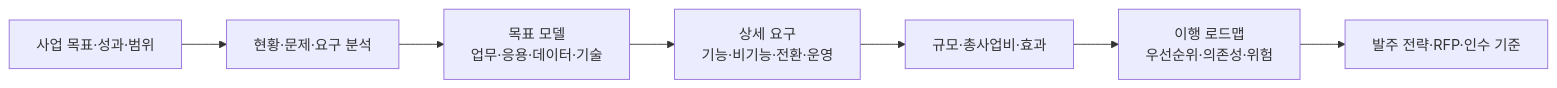
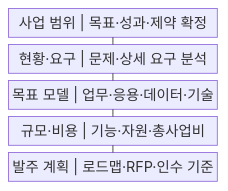
One commit to agnusdei1207/knowledge-base changed the first of 2 diagrams in src/content/docs/notes/03-software/187_ismp.md. Above: the diagram before and after it, drawn with Mermaid. The commit also changed other lines of this file and 20 other files, not shown here.

````diff
--- a/src/content/docs/notes/03-software/187_ismp.md
+++ b/src/content/docs/notes/03-software/187_ismp.md
@@ -55,9 +49,13 @@
 ```mermaid
-flowchart LR
-    G["사업 목표·성과·범위"] --> A["현황·문제·요구 분석"]
-    A --> T["목표 모델<br/>업무·응용·데이터·기술"]
-    T --> R["상세 요구<br/>기능·비기능·전환·운영"]
-    R --> C["규모·총사업비·효과"]
-    C --> M["이행 로드맵<br/>우선순위·의존성·위험"]
-    M --> P["발주 전략·RFP·인수 기준"]
+block
+    columns 1
+    A["사업 범위 | 목표·성과·제약 확정"]
+    B["현황·요구 | 문제·상세 요구 분석"]
+    C["목표 모델 | 업무·응용·데이터·기술"]
+    D["규모·비용 | 기능·자원·총사업비"]
+    E["발주 계획 | 로드맵·RFP·인수 기준"]
+    A --- B
+    B --- C
+    C --- D
+    D --- E
 ```
````
